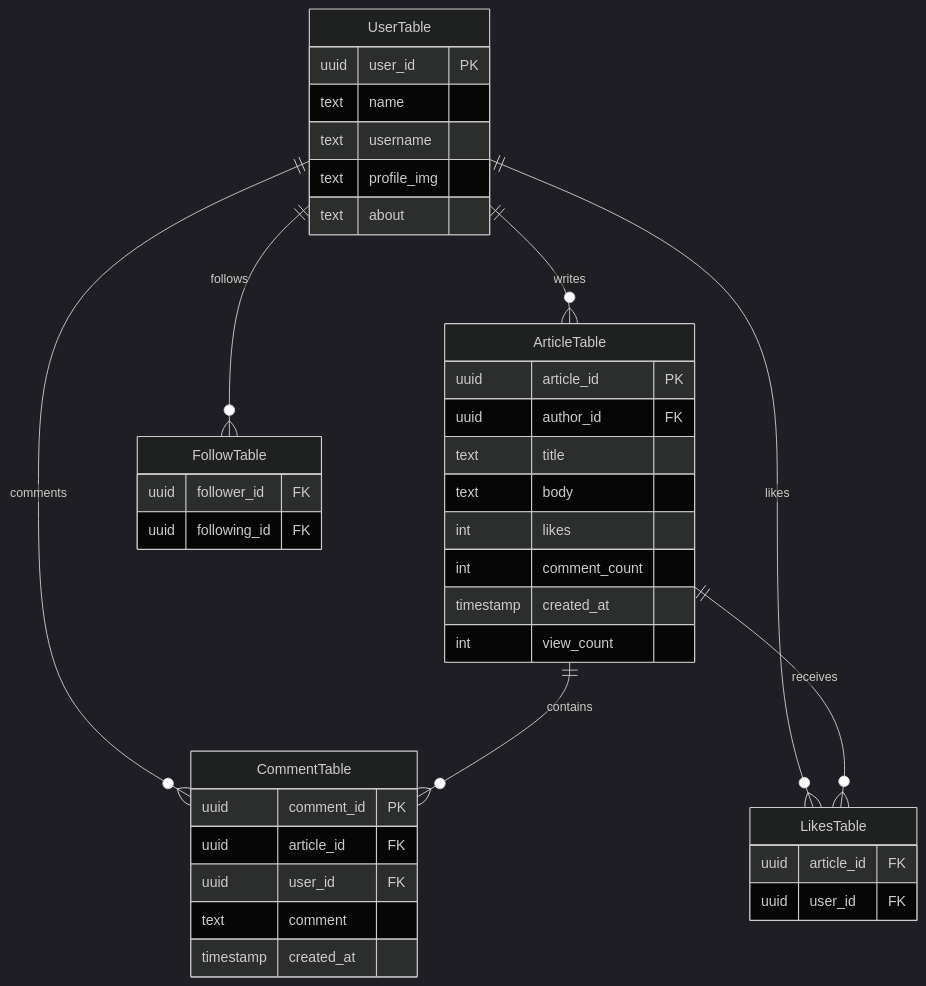
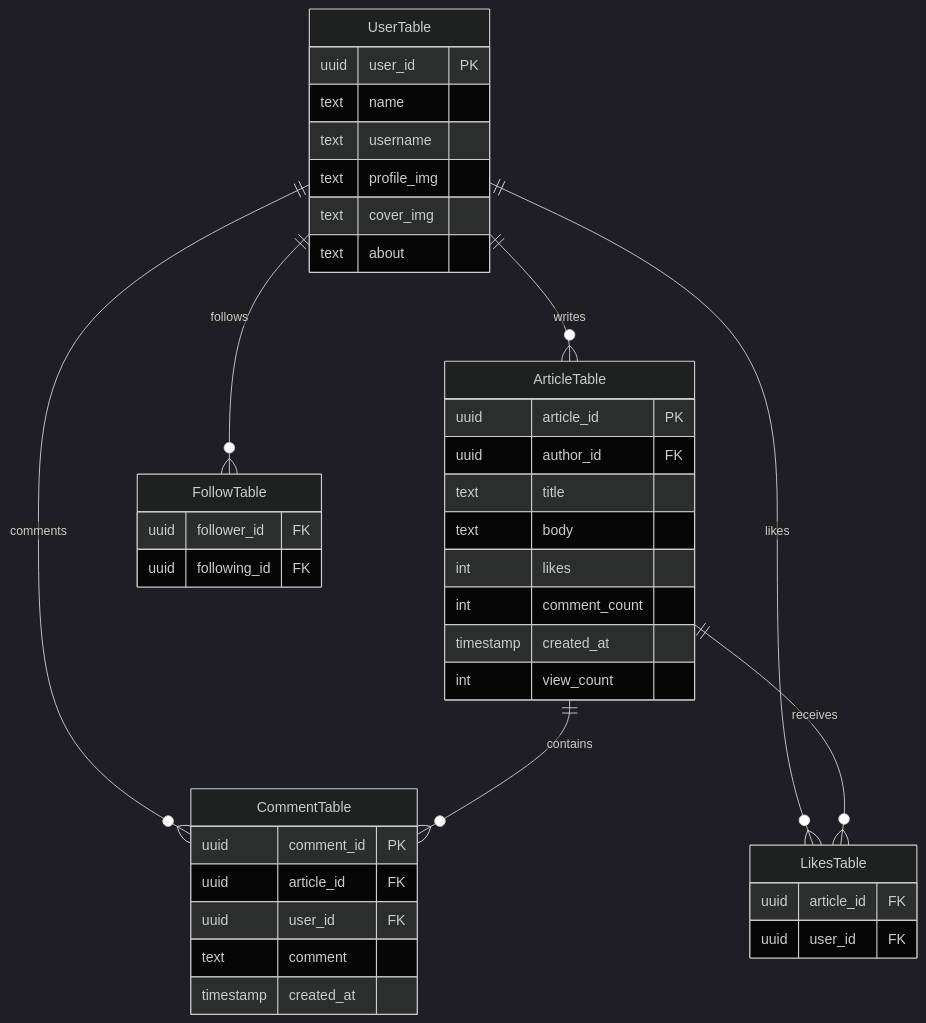
The second of 2 diagrams in README.md (kumarr-ankit/Pennat), drawn with Mermaid (dark theme) before and after one commit. The commit also changed other lines of this file and 11 other files, not shown here.

First line of the commit message:
fix: auth flow, database schema, and UI rendering issues

````diff
--- a/README.md
+++ b/README.md
@@ -290,49 +497,50 @@
 ```mermaid 
 erDiagram
 
     UserTable ||--o{ ArticleTable : writes
     UserTable ||--o{ CommentTable : comments
     ArticleTable ||--o{ CommentTable : contains
 
     UserTable ||--o{ LikesTable : likes
     ArticleTable ||--o{ LikesTable : receives
 
     UserTable ||--o{ FollowTable : follows
 
     UserTable {
         uuid user_id PK
         text name
         text username
         text profile_img
+        text cover_img
         text about
     }
 
     ArticleTable {
         uuid article_id PK
         uuid author_id FK
         text title
         text body
         int likes
         int comment_count
         timestamp created_at
         int view_count
     }
 
     CommentTable {
         uuid comment_id PK
         uuid article_id FK
         uuid user_id FK
         text comment
         timestamp created_at
     }
 
     LikesTable {
         uuid article_id FK
         uuid user_id FK
     }
 
     FollowTable {
         uuid follower_id FK
         uuid following_id FK
     }
 ```
````
